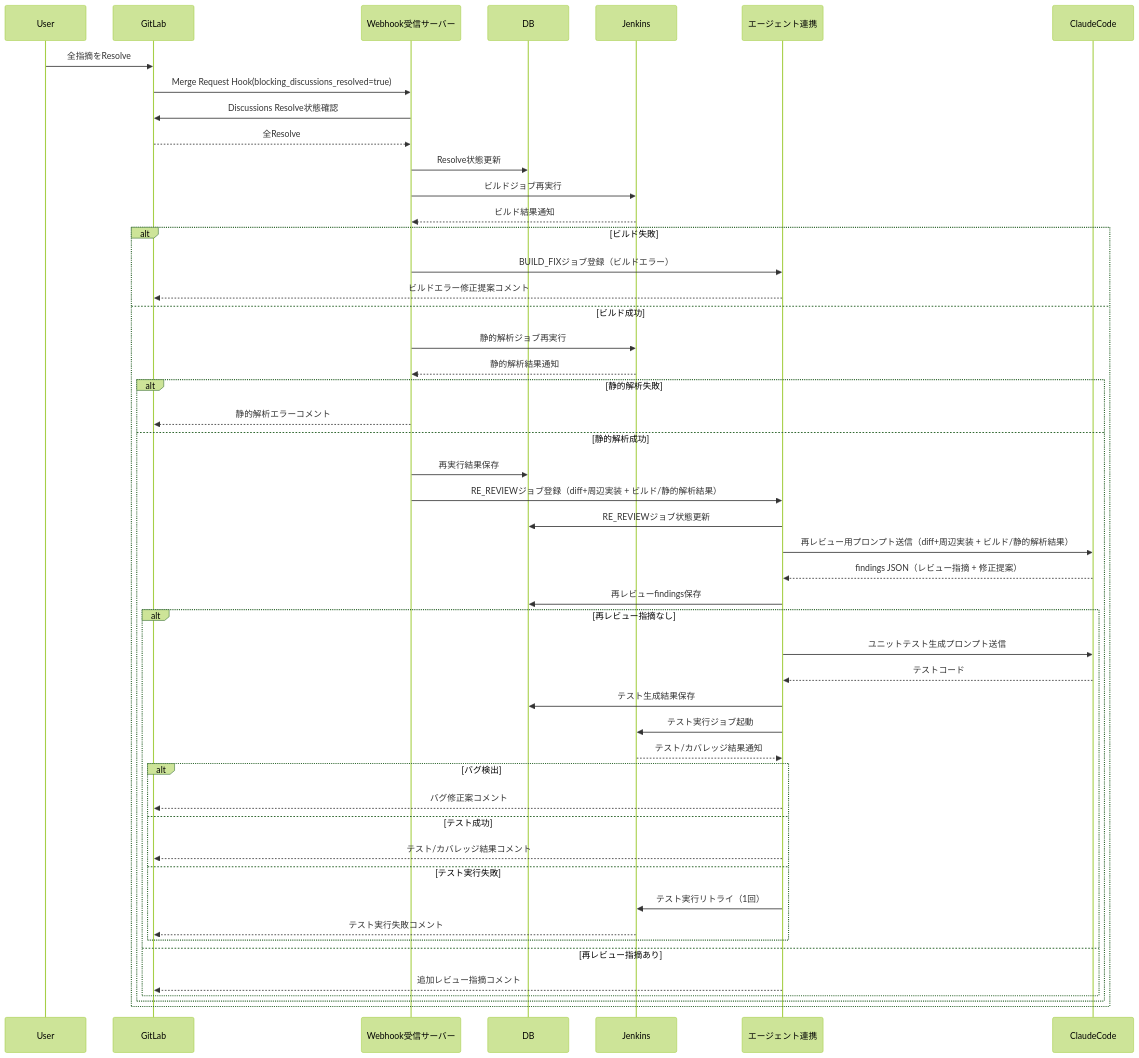
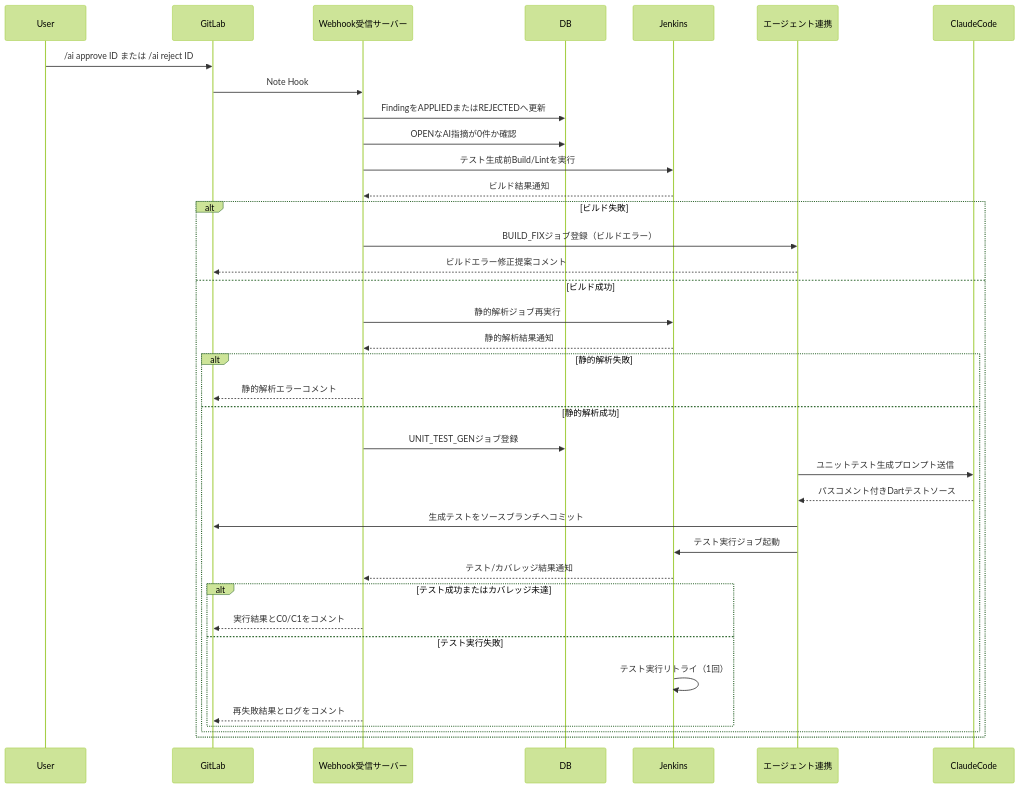
Before and after one commit to yugoueda/AI_Jenkins: the diagram in Doc/シーケンス図/詳細フロー_再レビュー・テスト.md, drawn with Mermaid (forest theme). The commit also changed other lines of this file and 6 other files, not shown here.

````diff
--- a/Doc/シーケンス図/詳細フロー_再レビュー・テスト.md
+++ b/Doc/シーケンス図/詳細フロー_再レビュー・テスト.md
@@ -3,53 +5,40 @@
 ```mermaid
 sequenceDiagram
     participant User
     participant GitLab
     participant Webhook as Webhook受信サーバー
     participant DB as DB
     participant Jenkins
     participant Agent as エージェント連携
     participant Claude as ClaudeCode
 
-    User->>GitLab: 全指摘をResolve
-    GitLab->>Webhook: Merge Request Hook(blocking_discussions_resolved=true)
-    Webhook->>GitLab: Discussions Resolve状態確認
-    GitLab-->>Webhook: 全Resolve
-    Webhook->>DB: Resolve状態更新
-    Webhook->>Jenkins: ビルドジョブ再実行
+    User->>GitLab: /ai approve ID または /ai reject ID
+    GitLab->>Webhook: Note Hook
+    Webhook->>DB: FindingをAPPLIEDまたはREJECTEDへ更新
+    Webhook->>DB: OPENなAI指摘が0件か確認
+    Webhook->>Jenkins: テスト生成前Build/Lintを実行
     Jenkins-->>Webhook: ビルド結果通知
     alt ビルド失敗
         Webhook->>Agent: BUILD_FIXジョブ登録（ビルドエラー）
         Agent-->>GitLab: ビルドエラー修正提案コメント
     else ビルド成功
         Webhook->>Jenkins: 静的解析ジョブ再実行
         Jenkins-->>Webhook: 静的解析結果通知
         alt 静的解析失敗
             Webhook-->>GitLab: 静的解析エラーコメント
         else 静的解析成功
-            Webhook->>DB: 再実行結果保存
-            Webhook->>Agent: RE_REVIEWジョブ登録（diff+周辺実装 + ビルド/静的解析結果）
-            Agent->>DB: RE_REVIEWジョブ状態更新
-            Agent->>Claude: 再レビュー用プロンプト送信（diff+周辺実装 + ビルド/静的解析結果）
-            Claude-->>Agent: findings JSON（レビュー指摘 + 修正提案）
-            Agent->>DB: 再レビューfindings保存
-
-            alt 再レビュー指摘なし
-                Agent->>Claude: ユニットテスト生成プロンプト送信
-                Claude-->>Agent: テストコード
-                Agent->>DB: テスト生成結果保存
-                Agent->>Jenkins: テスト実行ジョブ起動
-                Jenkins-->>Agent: テスト/カバレッジ結果通知
-                alt バグ検出
-                    Agent-->>GitLab: バグ修正案コメント
-                else テスト成功
-                    Agent-->>GitLab: テスト/カバレッジ結果コメント
-                else テスト実行失敗
-                    Agent->>Jenkins: テスト実行リトライ（1回）
-                    Jenkins-->>GitLab: テスト実行失敗コメント
-                end
-            else 再レビュー指摘あり
-                Agent-->>GitLab: 追加レビュー指摘コメント
+            Webhook->>DB: UNIT_TEST_GENジョブ登録
+            Agent->>Claude: ユニットテスト生成プロンプト送信
+            Claude-->>Agent: パスコメント付きDartテストソース
+            Agent->>GitLab: 生成テストをソースブランチへコミット
+            Agent->>Jenkins: テスト実行ジョブ起動
+            Jenkins-->>Webhook: テスト/カバレッジ結果通知
+            alt テスト成功またはカバレッジ未達
+                Webhook-->>GitLab: 実行結果とC0/C1をコメント
+            else テスト実行失敗
+                Jenkins->>Jenkins: テスト実行リトライ（1回）
+                Webhook-->>GitLab: 再失敗結果とログをコメント
             end
         end
     end
 ```
````
